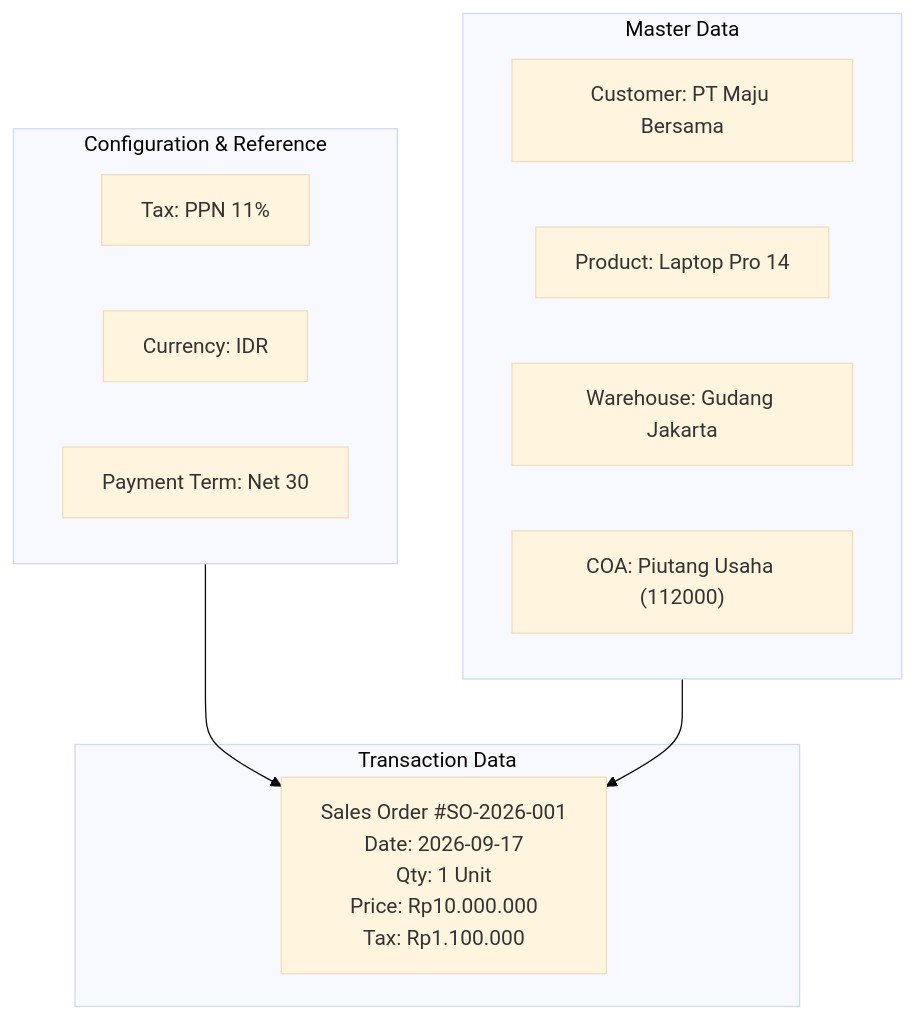
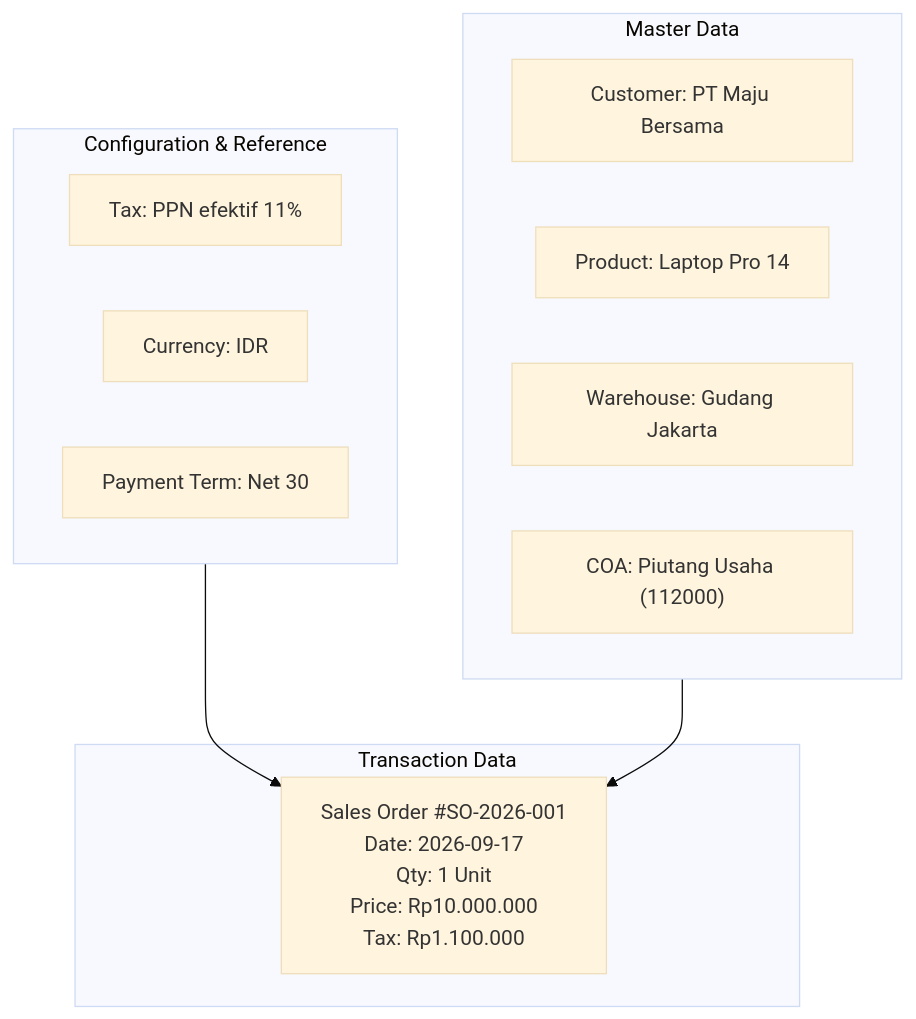
The first of 2 diagrams in content/00-fundamentals/master-data-vs-transaction-data.md (alimurrofid/erp-notes), drawn with Mermaid (base theme) before and after one commit. The commit also changed 29 other files, not shown here.

Commit message:
fix(tax): align PPN labels with statutory 12% and 11/12 DPP

````diff
--- a/content/00-fundamentals/master-data-vs-transaction-data.md
+++ b/content/00-fundamentals/master-data-vs-transaction-data.md
@@ -34,22 +34,22 @@
 ```mermaid
 flowchart TD
     subgraph Config["Configuration & Reference"]
-        TaxRule["Tax: PPN 11%"]
+        TaxRule["Tax: PPN efektif 11%"]
         Curr["Currency: IDR"]
         PayTerm["Payment Term: Net 30"]
     end
 
     subgraph Masters["Master Data"]
         Cust["Customer: PT Maju Bersama"]
         Prod["Product: Laptop Pro 14"]
         Wh["Warehouse: Gudang Jakarta"]
         Acc["COA: Piutang Usaha (112000)"]
     end
 
     subgraph Transaction["Transaction Data"]
         SO["Sales Order #SO-2026-001<br/>Date: 2026-09-17<br/>Qty: 1 Unit<br/>Price: Rp10.000.000<br/>Tax: Rp1.100.000"]
     end
 
     Config --> SO
     Masters --> SO
 ```
````
